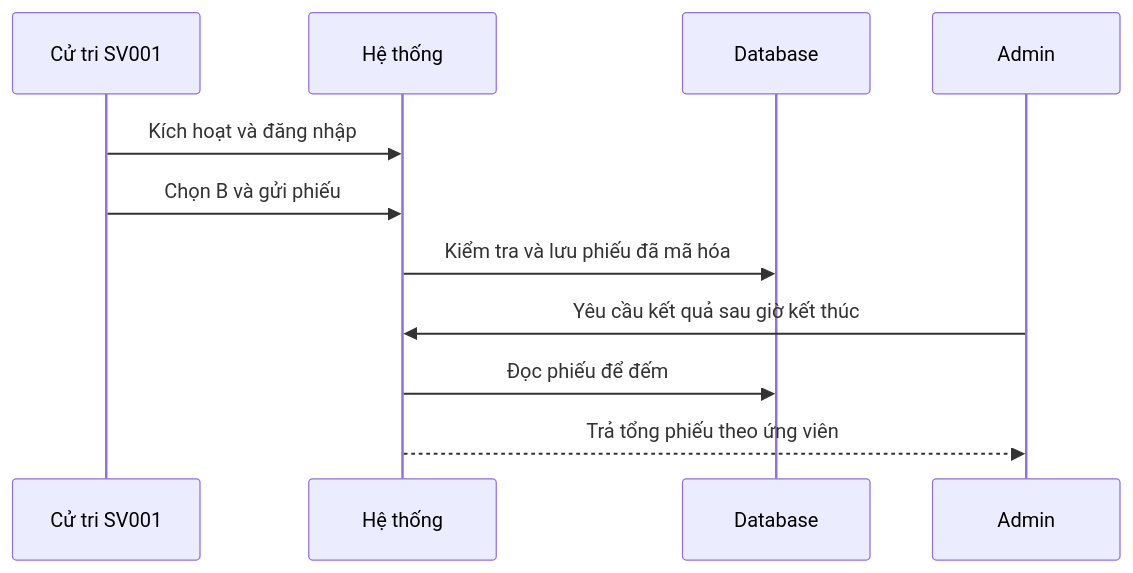
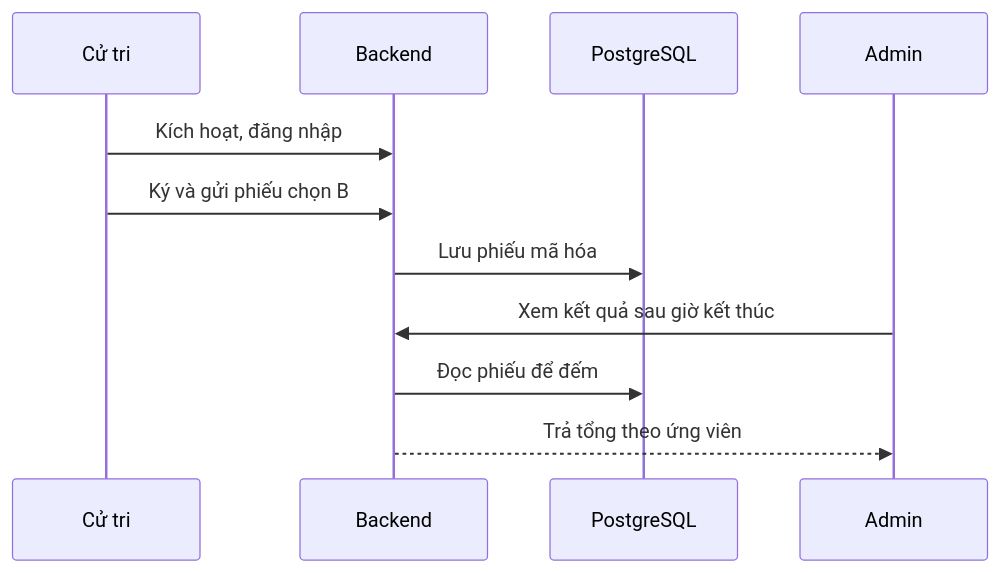
Before and after one commit to lam-vu6868/lab3_evoting: the first of 5 diagrams in docs/BCao.md, drawn with Mermaid. The commit also changed other lines of this file, not shown here.

````diff
--- a/docs/BCao.md
+++ b/docs/BCao.md
@@ -11,13 +11,13 @@
 ```mermaid
 sequenceDiagram
-    participant CT as Cử tri SV001
-    participant HT as Hệ thống
-    participant DB as Database
+    participant CT as Cử tri
+    participant HT as Backend
+    participant DB as PostgreSQL
     participant AD as Admin
-    CT->>HT: Kích hoạt và đăng nhập
-    CT->>HT: Chọn B và gửi phiếu
-    HT->>DB: Kiểm tra và lưu phiếu đã mã hóa
-    AD->>HT: Yêu cầu kết quả sau giờ kết thúc
+    CT->>HT: Kích hoạt, đăng nhập
+    CT->>HT: Ký và gửi phiếu chọn B
+    HT->>DB: Lưu phiếu mã hóa
+    AD->>HT: Xem kết quả sau giờ kết thúc
     HT->>DB: Đọc phiếu để đếm
-    HT-->>AD: Trả tổng phiếu theo ứng viên
+    HT-->>AD: Trả tổng theo ứng viên
 ```
````
